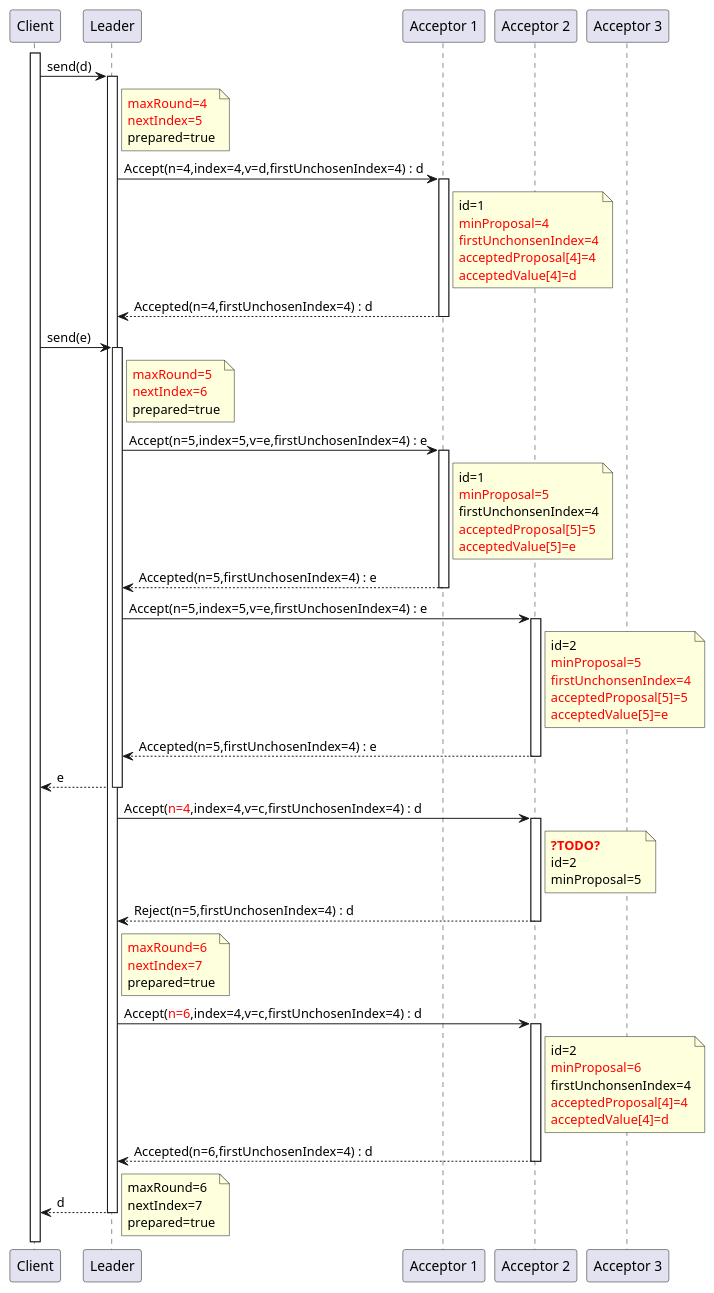
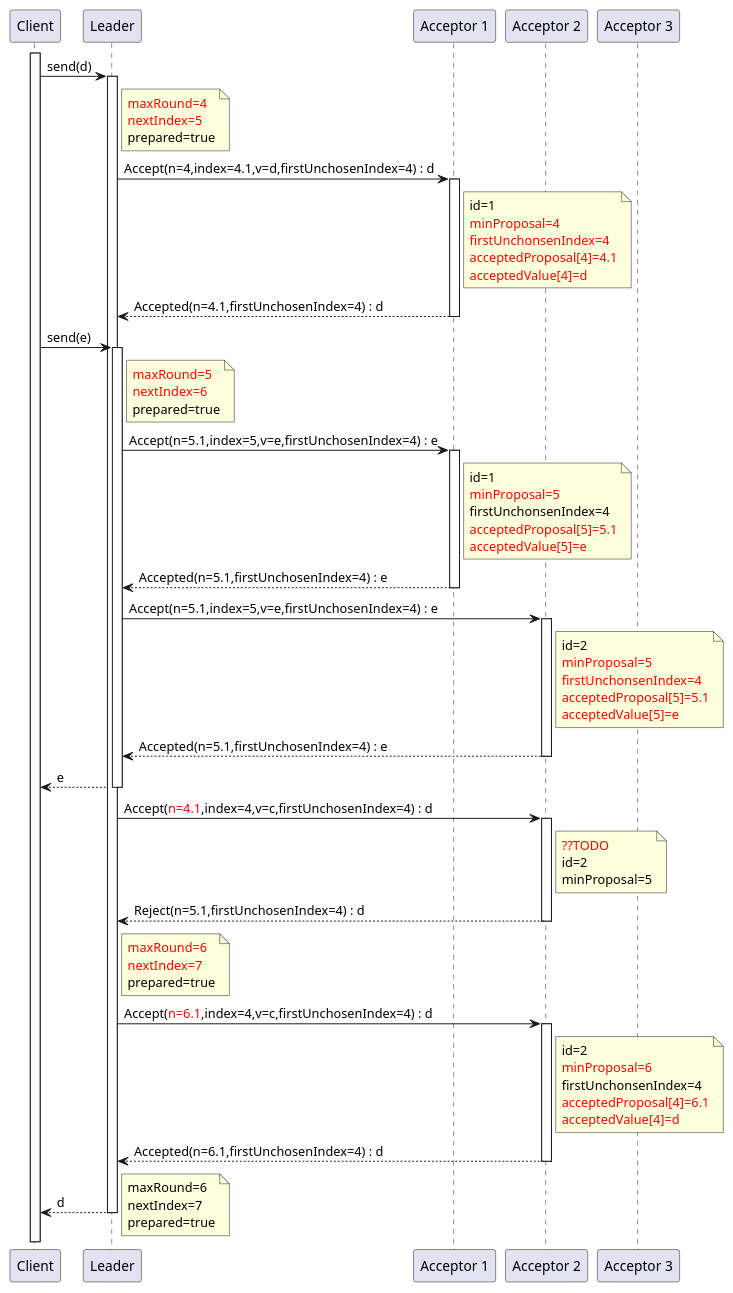
The fourth of 4 diagrams in src/pages/posts/distribution-paxos-multi.adoc (nocnob/notfound), drawn with PlantUML before and after one commit. The commit also changed other lines of this file and 1 other file, not shown here.

```diff
--- a/src/pages/posts/distribution-paxos-multi.adoc
+++ b/src/pages/posts/distribution-paxos-multi.adoc
@@ -237,16 +346,16 @@
     prepared=true
 end note
 activate l
-    l -> a1 : Accept(n=4,index=4,v=d,firstUnchosenIndex=4) : d
+    l -> a1 : Accept(n=4,index=4.1,v=d,firstUnchosenIndex=4) : d
     activate a1
     note right a1
         id=1
         <font color=red>minProposal=4
         <font color=red>firstUnchonsenIndex=4
-        <font color=red>acceptedProposal[4]=4
+        <font color=red>acceptedProposal[4]=4.1
         <font color=red>acceptedValue[4]=d
     end note
-    l <-- a1 : Accepted(n=4,firstUnchosenIndex=4) : d
+    l <-- a1 : Accepted(n=4.1,firstUnchosenIndex=4) : d
     deactivate a1
 
 c -> l : send(e)
@@ -256,39 +365,39 @@
     <font color=red>nextIndex=6
     prepared=true
 end note
-    l -> a1 : Accept(n=5,index=5,v=e,firstUnchosenIndex=4) : e
+    l -> a1 : Accept(n=5.1,index=5,v=e,firstUnchosenIndex=4) : e
     note right a1
         id=1
         <font color=red>minProposal=5
         firstUnchonsenIndex=4
-        <font color=red>acceptedProposal[5]=5
+        <font color=red>acceptedProposal[5]=5.1
         <font color=red>acceptedValue[5]=e
     end note
     activate a1
-    l <-- a1 : Accepted(n=5,firstUnchosenIndex=4) : e
+    l <-- a1 : Accepted(n=5.1,firstUnchosenIndex=4) : e
     deactivate a1
-    l -> a2 : Accept(n=5,index=5,v=e,firstUnchosenIndex=4) : e
+    l -> a2 : Accept(n=5.1,index=5,v=e,firstUnchosenIndex=4) : e
     activate a2
     note right a2
         id=2
         <font color=red>minProposal=5
         <font color=red>firstUnchonsenIndex=4
-        <font color=red>acceptedProposal[5]=5
+        <font color=red>acceptedProposal[5]=5.1
         <font color=red>acceptedValue[5]=e
     end note
-    l <-- a2 : Accepted(n=5,firstUnchosenIndex=4) : e
+    l <-- a2 : Accepted(n=5.1,firstUnchosenIndex=4) : e
     deactivate a2
 c <-- l : e
 deactivate l
 
-    l -> a2 : Accept(<font color=red>n=4</font>,index=4,v=c,firstUnchosenIndex=4) : d
+    l -> a2 : Accept(<font color=red>n=4.1</font>,index=4,v=c,firstUnchosenIndex=4) : d
     activate a2
     note right a2
-        <b><font color=red>?TODO?
+        <font color=red>??TODO
         id=2
         minProposal=5
     end note
-    l <-- a2 : Reject(n=5,firstUnchosenIndex=4) : d
+    l <-- a2 : Reject(n=5.1,firstUnchosenIndex=4) : d
     deactivate a2
 
     note right l
@@ -296,16 +405,16 @@
         <font color=red>nextIndex=7
         prepared=true
     end note
-    l -> a2 : Accept(<font color=red>n=6</font>,index=4,v=c,firstUnchosenIndex=4) : d
+    l -> a2 : Accept(<font color=red>n=6.1</font>,index=4,v=c,firstUnchosenIndex=4) : d
     activate a2
     note right a2
         id=2
         <font color=red>minProposal=6
         firstUnchonsenIndex=4
-        <font color=red>acceptedProposal[4]=4
+        <font color=red>acceptedProposal[4]=6.1
         <font color=red>acceptedValue[4]=d
     end note
-    l <-- a2 : Accepted(n=6,firstUnchosenIndex=4) : d
+    l <-- a2 : Accepted(n=6.1,firstUnchosenIndex=4) : d
     deactivate a2
 c <-- l : d
 deactivate l
```
